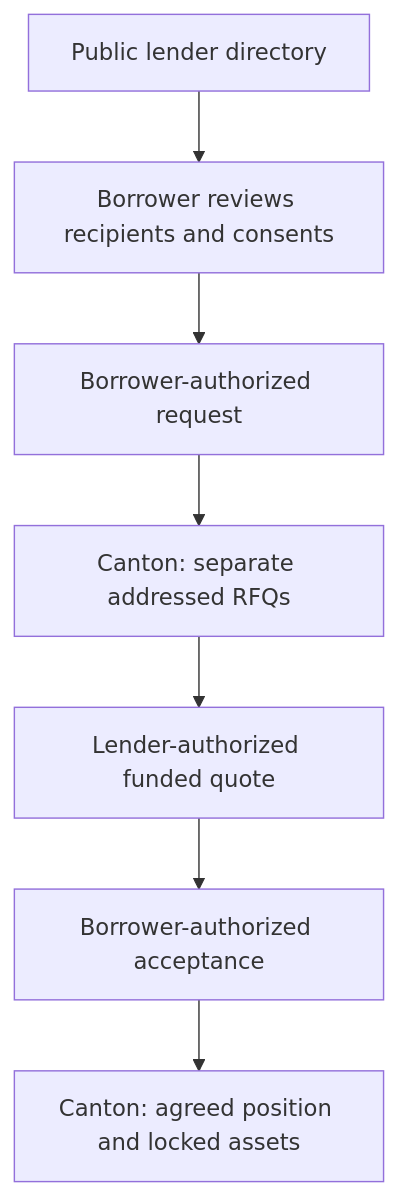
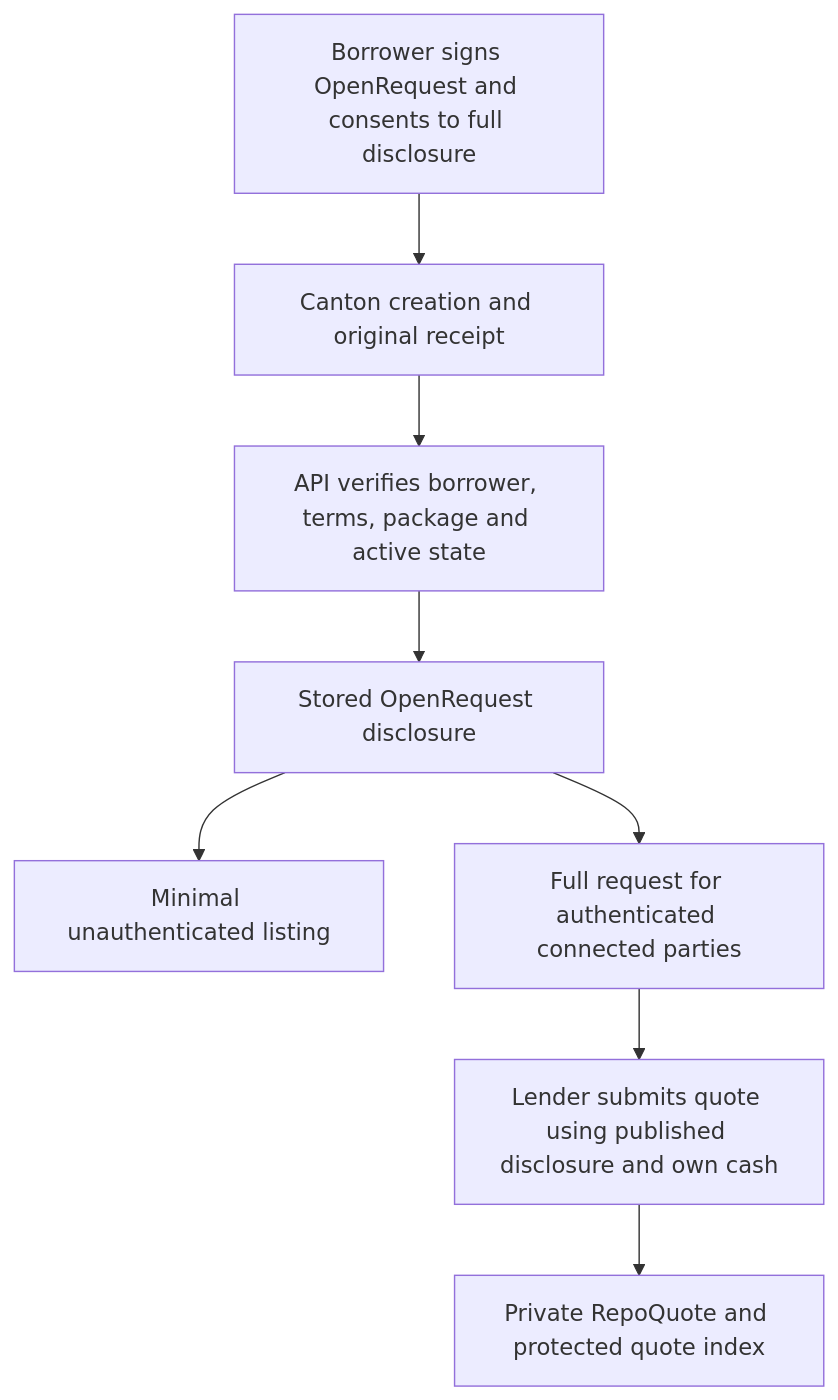
Before and after one commit to EndPx/symbolon: the diagram in docs/gitbook/architecture/onchain-offchain.md, drawn with Mermaid. The commit also changed other lines of this file and 49 other files, not shown here.

Commit message:
Publish direct request guides, visibility matrix and verified DevNet cycle

````diff
--- a/docs/gitbook/architecture/onchain-offchain.md
+++ b/docs/gitbook/architecture/onchain-offchain.md
@@ -30,9 +32,10 @@
 ```mermaid
 flowchart TB
-    Directory["Public lender directory"] --> Review["Borrower reviews recipients and consents"]
-    Review --> Sign["Borrower-authorized request"]
-    Sign --> RFQ["Canton: separate addressed RFQs"]
-    RFQ --> Quote["Lender-authorized funded quote"]
-    Quote --> Accept["Borrower-authorized acceptance"]
-    Accept --> Position["Canton: agreed position and locked assets"]
+    Publish["Borrower signs OpenRequest and consents to full disclosure"] --> Ledger["Canton creation and original receipt"]
+    Ledger --> Check["API verifies borrower, terms, package and active state"]
+    Check --> Store["Stored OpenRequest disclosure"]
+    Store --> Minimal["Minimal unauthenticated listing"]
+    Store --> Pricing["Full request for authenticated connected parties"]
+    Pricing --> Quote["Lender submits quote using published disclosure and own cash"]
+    Quote --> Private["Private RepoQuote and protected quote index"]
 ```
````
